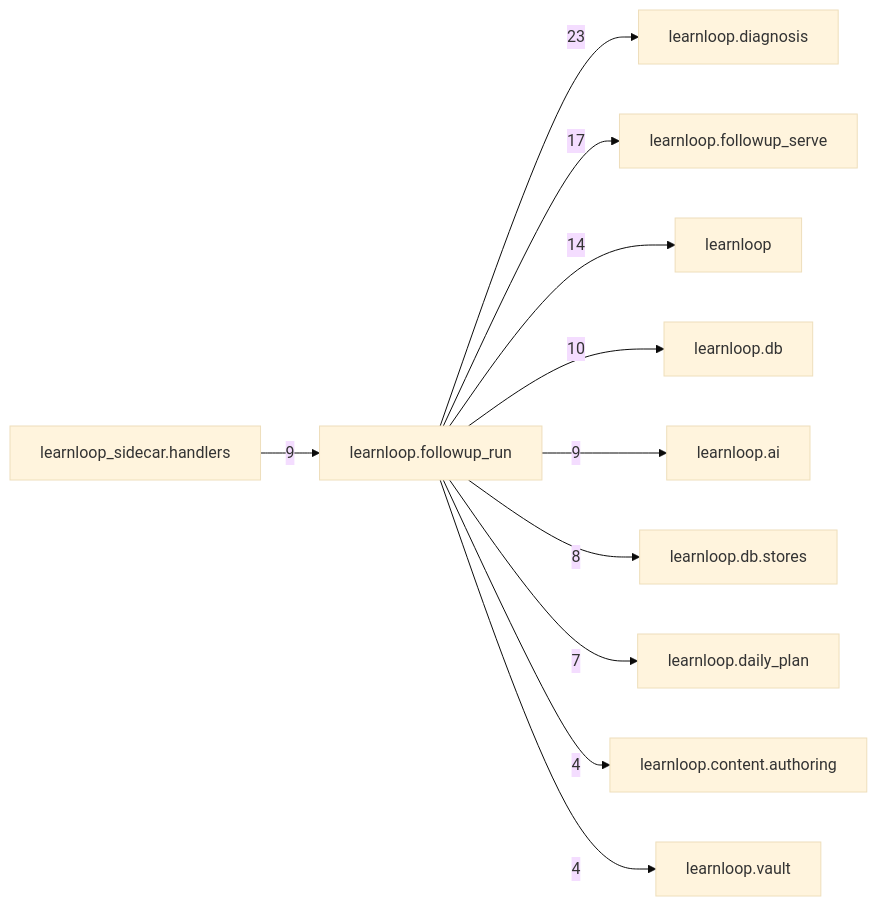
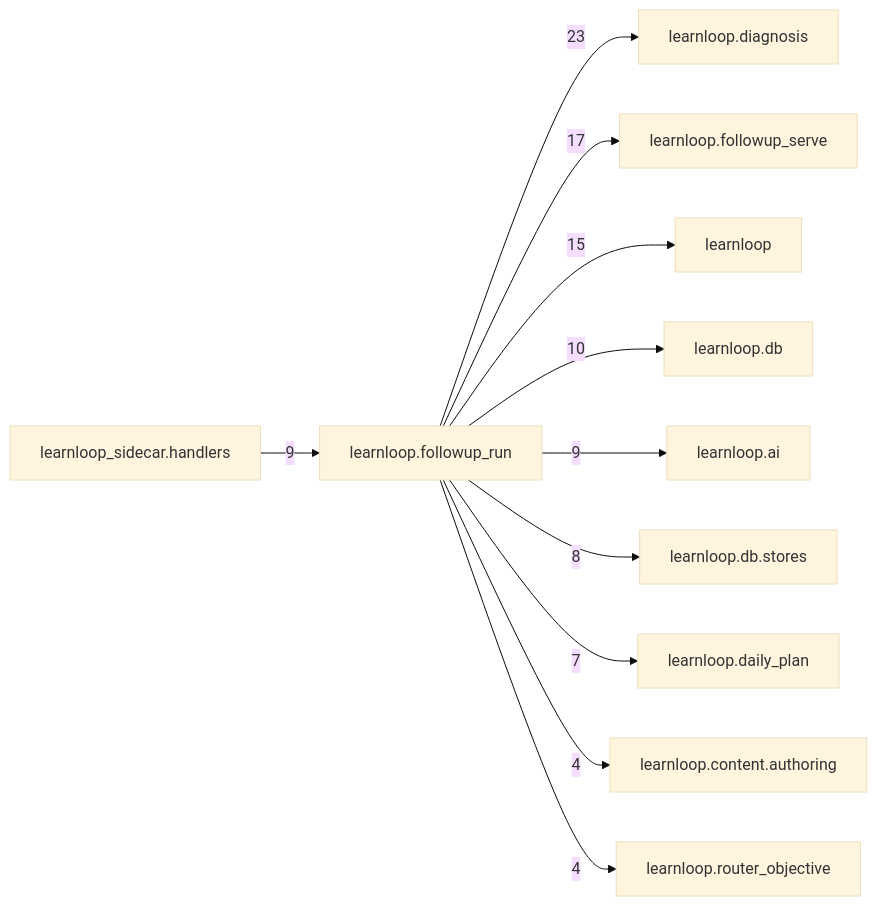
Before and after one commit to 6up-b/learnanything: the diagram in docs/learnloop-architecture-vault/Reference/Modules/learnloop/followup_run/_package.md, drawn with Mermaid (base theme). The commit also changed other lines of this file and 95 other files, not shown here.

Commit message:
Vault: references regenerated after merging G2 (the router decides probes)

````diff
--- a/docs/learnloop-architecture-vault/Reference/Modules/learnloop/followup_run/_package.md
+++ b/docs/learnloop-architecture-vault/Reference/Modules/learnloop/followup_run/_package.md
@@ -99,24 +99,24 @@
 ```mermaid
 flowchart LR
     center["learnloop.followup_run"]
     n_learnloop_diagnosis["learnloop.diagnosis"]
     n_learnloop_followup_serve["learnloop.followup_serve"]
     n_learnloop["learnloop"]
     n_learnloop_db["learnloop.db"]
     n_learnloop_ai["learnloop.ai"]
     n_learnloop_sidecar_handlers["learnloop_sidecar.handlers"]
     n_learnloop_db_stores["learnloop.db.stores"]
     n_learnloop_daily_plan["learnloop.daily_plan"]
     n_learnloop_content_authoring["learnloop.content.authoring"]
-    n_learnloop_vault["learnloop.vault"]
+    n_learnloop_router_objective["learnloop.router_objective"]
     center -->|23| n_learnloop_diagnosis
     center -->|17| n_learnloop_followup_serve
-    center -->|14| n_learnloop
+    center -->|15| n_learnloop
     center -->|10| n_learnloop_db
     center -->|9| n_learnloop_ai
     n_learnloop_sidecar_handlers -->|9| center
     center -->|8| n_learnloop_db_stores
     center -->|7| n_learnloop_daily_plan
     center -->|4| n_learnloop_content_authoring
-    center -->|4| n_learnloop_vault
+    center -->|4| n_learnloop_router_objective
 ```
````
